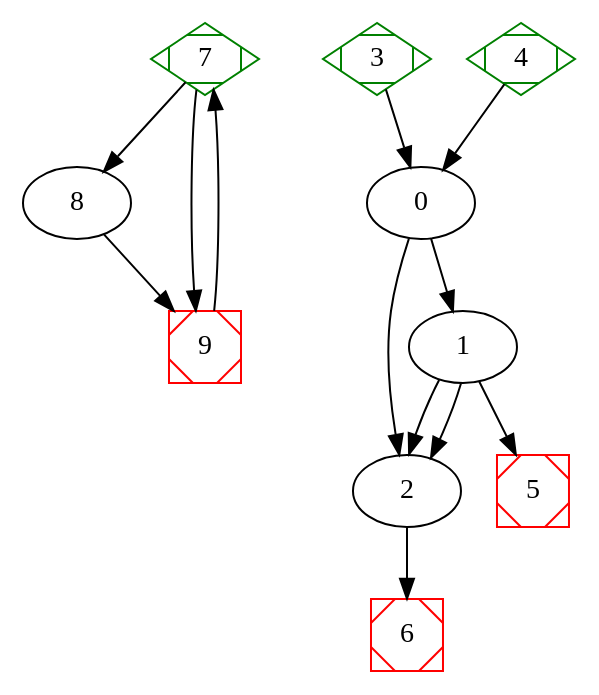
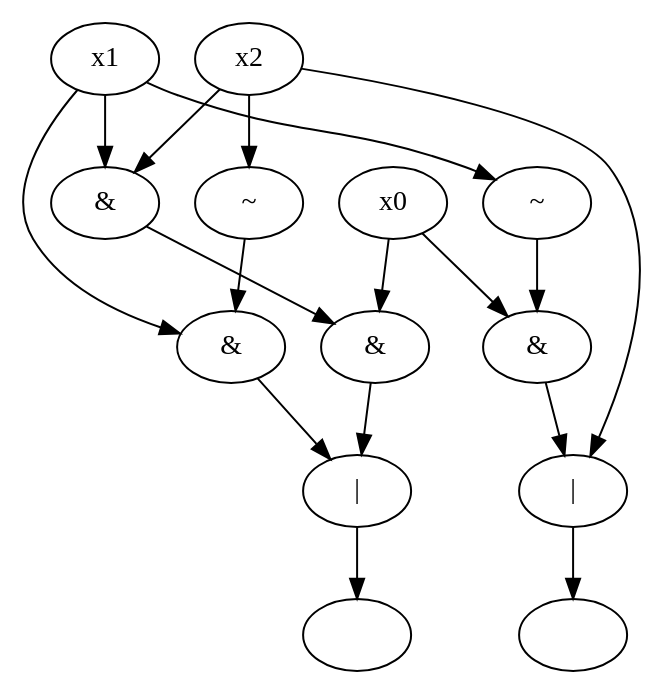
Before and after one commit to Livarg/Projet2-IM: the diagram in Open_digraph.dot, drawn with Graphviz. The commit also changed 9 other files, not shown here.

```diff
--- a/Open_digraph.dot
+++ b/Open_digraph.dot
@@ -1,22 +1,33 @@
 digraph G { 
 
-    7->8;
-    7->9;
-    7[shape = Mdiamond, color = green];
-    8->9;
+    0->1;
+    0[label = "|"]; 
+    1[label = ""]; 
+    2->0;
+    2[label = "&"]; 
+    3->2;
+    3->13;
+    3[label = "x0"]; 
+    4->2;
+    4[label = "&"]; 
+    5->4;
+    5->7;
+    5->15;
+    5[label = "x1"]; 
+    6->4;
+    6->9;
+    6->11;
+    6[label = "x2"]; 
+    7->0;
+    7[label = "&"]; 
     9->7;
-    9[shape = Msquare, color = red];
-    0->1;
-    0->2;
-    1->2;
-    1->2;
-    1->5;
-    2->6;
-    3->0;
-    3[shape = Mdiamond, color = green];
-    4->0;
-    4[shape = Mdiamond, color = green];
-    5[shape = Msquare, color = red];
-    6[shape = Msquare, color = red];
+    9[label = "~"]; 
+    11->12;
+    11[label = "|"]; 
+    12[label = ""]; 
+    13->11;
+    13[label = "&"]; 
+    15->13;
+    15[label = "~"]; 
 
 }
```
